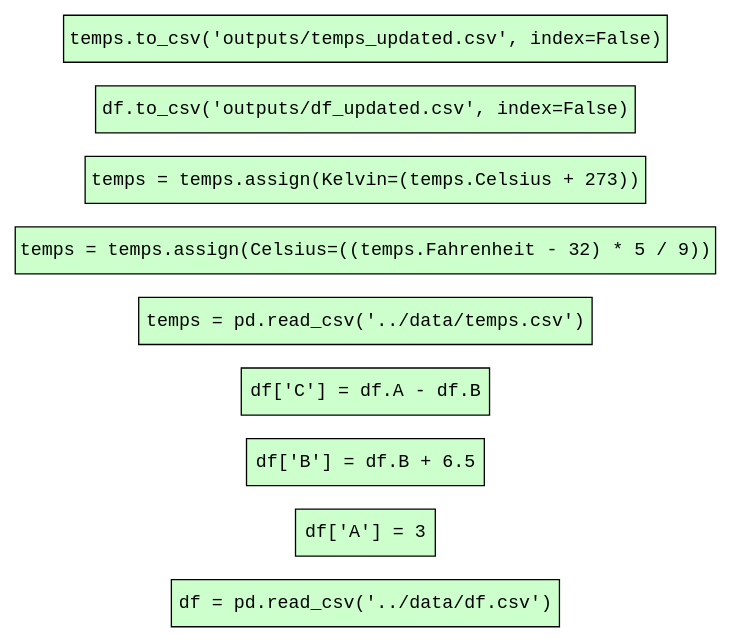
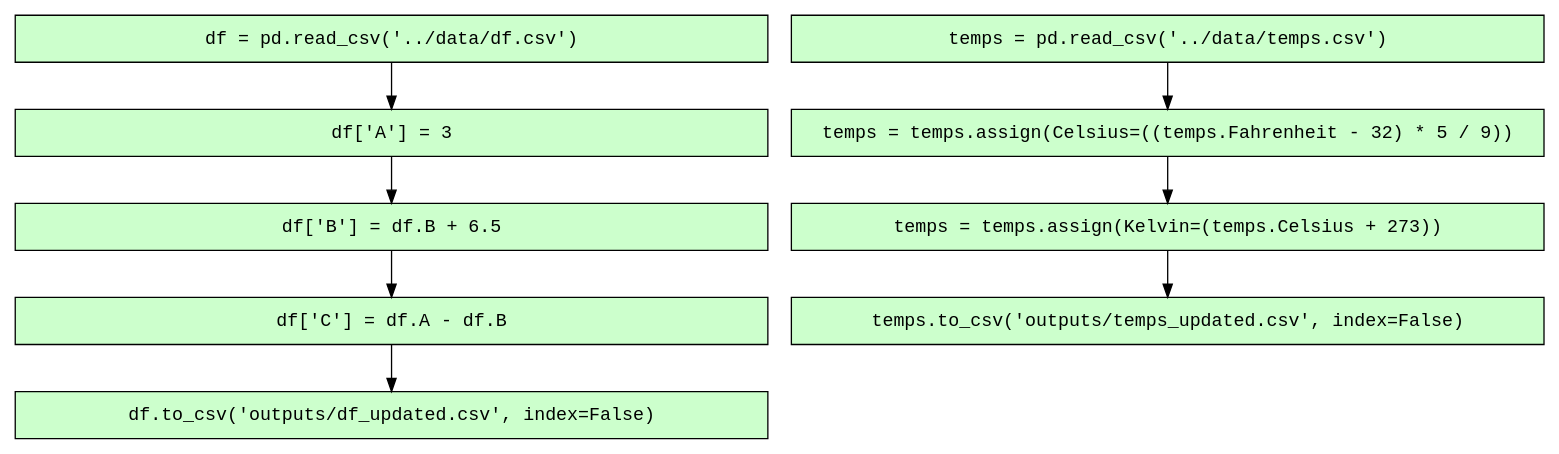
One commit to CIRSS/geist changed the diagram in examples/07-sdtl-provone-inference/03-sdtl-queries/outputs/GRAPH-1.gv. Above: the diagram before and after it, drawn with Graphviz. The commit also changed 7 other files, not shown here.

Commit message:
Added dataframe edges to visualization

```diff
--- a/examples/07-sdtl-provone-inference/03-sdtl-queries/outputs/GRAPH-1.gv
+++ b/examples/07-sdtl-provone-inference/03-sdtl-queries/outputs/GRAPH-1.gv
@@ -1,29 +1,25 @@
 digraph sdtl_program {
-rankdir=LR
+rankdir=TB
 
-
-
-node[shape=box style="filled" fillcolor="#CCFFCC" peripheries=1 fontname=Courier]
-
+# command nodes
+node[shape=box style="filled" fillcolor="#CCFFCC" peripheries=1
+fontname=Courier width=8]
 ":load/1" [label="df = pd.read_csv('../data/df.csv')"]
-
 ":compute/1" [label="df['A'] = 3"]
-
 ":compute/2" [label="df['B'] = df.B + 6.5"]
-
 ":compute/3" [label="df['C'] = df.A - df.B"]
-
 ":load/2" [label="temps = pd.read_csv('../data/temps.csv')"]
-
 ":compute/4" [label="temps = temps.assign(Celsius=((temps.Fahrenheit - 32) * 5 / 9))"]
-
 ":compute/5" [label="temps = temps.assign(Kelvin=(temps.Celsius + 273))"]
-
 ":save/1" [label="df.to_csv('outputs/df_updated.csv', index=False)"]
-
 ":save/2" [label="temps.to_csv('outputs/temps_updated.csv', index=False)"]
 
-
-
-
+# dataframe edges
+":compute/1" -> ":compute/2"
+":compute/2" -> ":compute/3"
+":compute/3" -> ":save/1"
+":compute/4" -> ":compute/5"
+":compute/5" -> ":save/2"
+":load/1" -> ":compute/1"
+":load/2" -> ":compute/4"
 }
```
